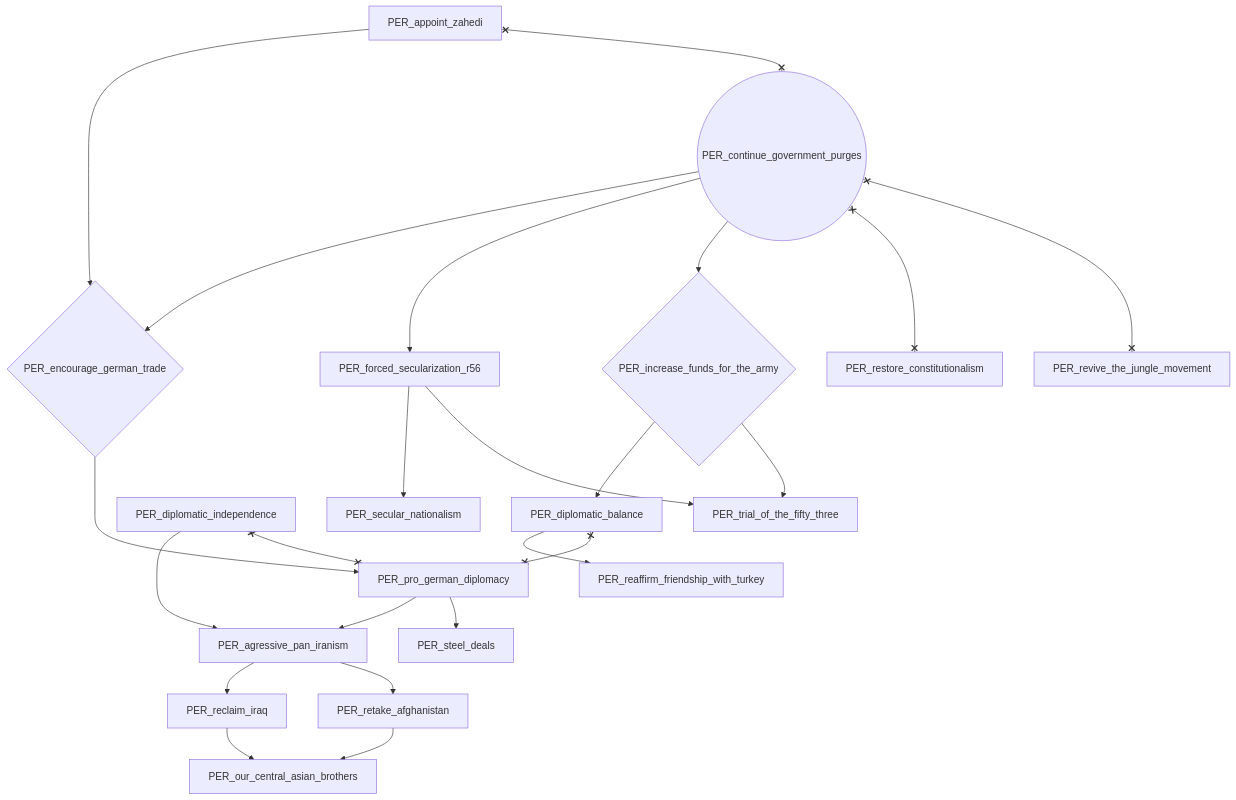
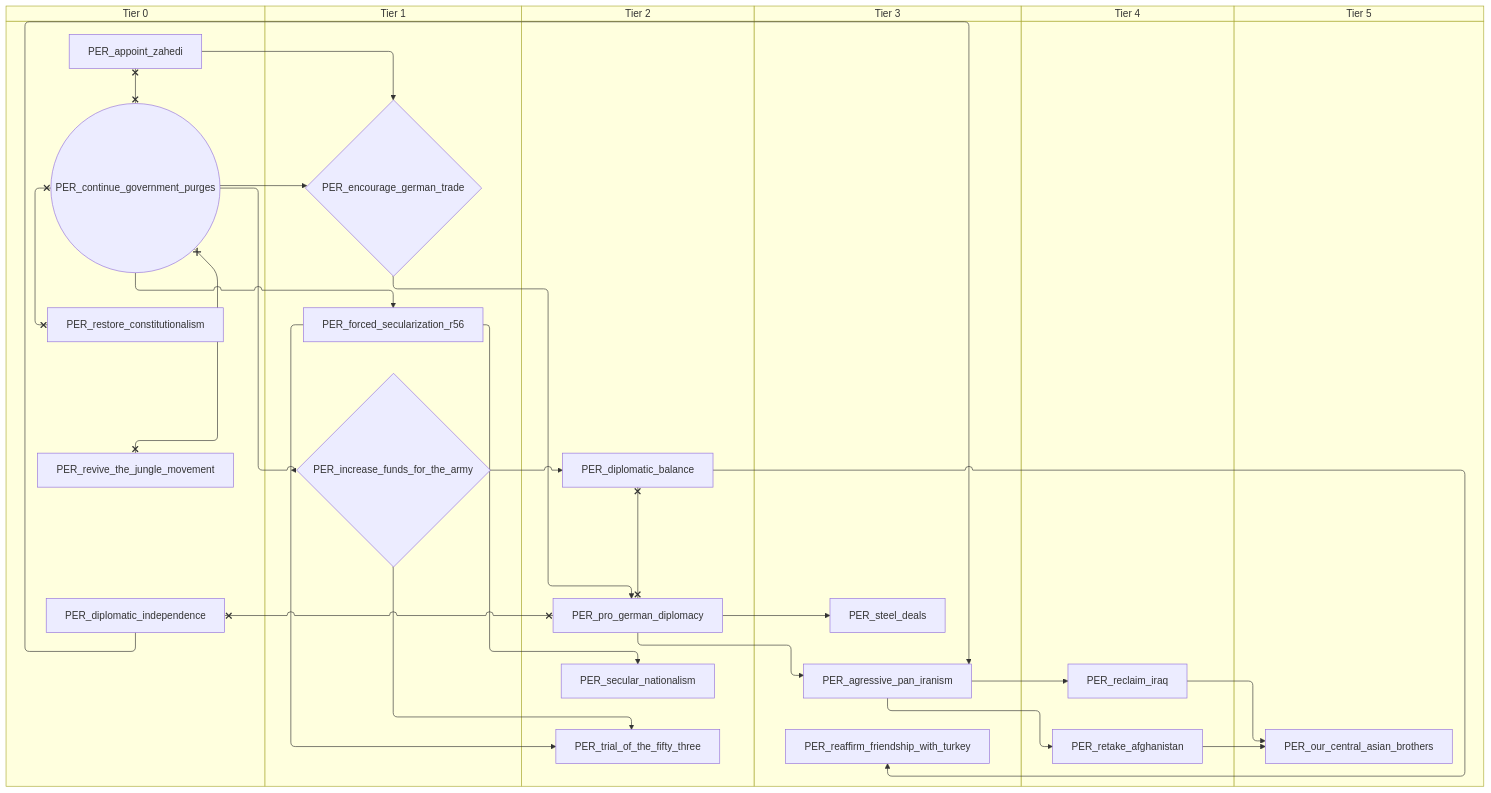
The third of 9 diagrams in docs/gdd/National Focuses/r56/r56_persia.md (evgeny-sobol/hoi4-sandbox-mode-r56), drawn with Mermaid before and after one commit. The commit also changed other lines of this file and 423 other files, not shown here.

First line of the commit message:
Re-export Rt56 focus trees as swimlane diagrams

````diff
--- a/docs/gdd/National Focuses/r56/r56_persia.md
+++ b/docs/gdd/National Focuses/r56/r56_persia.md
@@ -160,43 +184,55 @@
 ```mermaid
-flowchart TD
-    n35["PER_agressive_pan_iranism"]
-    n36["PER_appoint_zahedi"]
-    n37(("PER_continue_government_purges"))
-    n39["PER_diplomatic_balance"]
-    n40["PER_diplomatic_independence"]
-    n42{"PER_encourage_german_trade"}
-    n55["PER_forced_secularization_r56"]
-    n56{"PER_increase_funds_for_the_army"}
-    n45["PER_our_central_asian_brothers"]
-    n46["PER_pro_german_diplomacy"]
-    n57["PER_reaffirm_friendship_with_turkey"]
-    n47["PER_reclaim_iraq"]
-    n50["PER_restore_constitutionalism"]
-    n51["PER_retake_afghanistan"]
-    n52["PER_revive_the_jungle_movement"]
-    n58["PER_secular_nationalism"]
-    n53["PER_steel_deals"]
-    n59["PER_trial_of_the_fifty_three"]
-    n46 --> n35
-    n40 --> n35
-    n56 --> n39
-    n37 --> n42
-    n36 --> n42
-    n37 --> n55
-    n37 --> n56
-    n51 --> n45
-    n47 --> n45
-    n42 --> n46
-    n39 --> n57
-    n35 --> n47
-    n35 --> n51
+swimlane-beta TD
+    subgraph tier_0["Tier 0"]
+        n35["PER_appoint_zahedi"]
+        n36(("PER_continue_government_purges"))
+        n47["PER_diplomatic_independence"]
+        n38["PER_restore_constitutionalism"]
+        n39["PER_revive_the_jungle_movement"]
+    end
+    subgraph tier_1["Tier 1"]
+        n41{"PER_encourage_german_trade"}
+        n55["PER_forced_secularization_r56"]
+        n56{"PER_increase_funds_for_the_army"}
+    end
+    subgraph tier_2["Tier 2"]
+        n37["PER_diplomatic_balance"]
+        n44["PER_pro_german_diplomacy"]
+        n57["PER_secular_nationalism"]
+        n58["PER_trial_of_the_fifty_three"]
+    end
+    subgraph tier_3["Tier 3"]
+        n50["PER_agressive_pan_iranism"]
+        n59["PER_reaffirm_friendship_with_turkey"]
+        n49["PER_steel_deals"]
+    end
+    subgraph tier_4["Tier 4"]
+        n52["PER_reclaim_iraq"]
+        n53["PER_retake_afghanistan"]
+    end
+    subgraph tier_5["Tier 5"]
+        n54["PER_our_central_asian_brothers"]
+    end
+    n44 --> n50
+    n47 --> n50
+    n56 --> n37
+    n36 --> n41
+    n35 --> n41
+    n36 --> n55
+    n36 --> n56
+    n53 --> n54
+    n52 --> n54
+    n41 --> n44
+    n37 --> n59
+    n50 --> n52
+    n50 --> n53
+    n55 --> n57
+    n44 --> n49
+    n56 --> n58
     n55 --> n58
-    n46 --> n53
-    n56 --> n59
-    n55 --> n59
-    n36 x--x n37
-    n37 x--x n50
-    n37 x--x n52
-    n39 x--x n46
-    n40 x--x n46
+    n35 x--x n36
+    n36 x--x n38
+    n36 x--x n39
+    n37 x--x n44
+    n47 x--x n44
 ```
````
